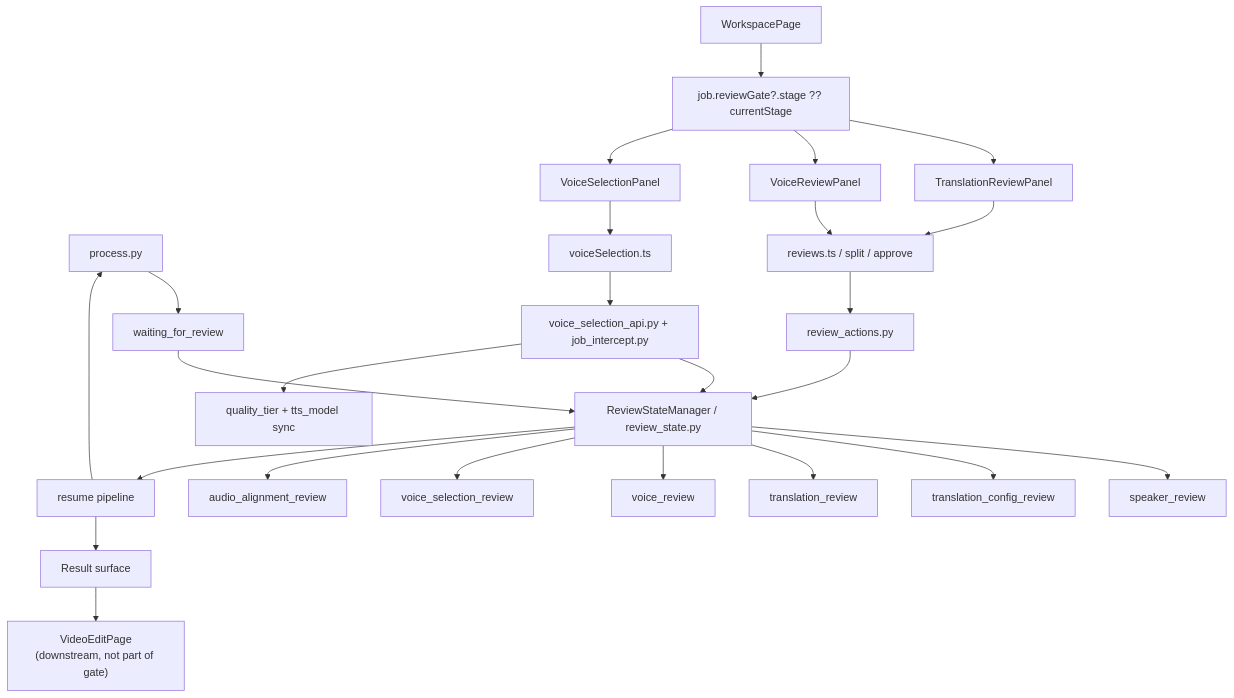
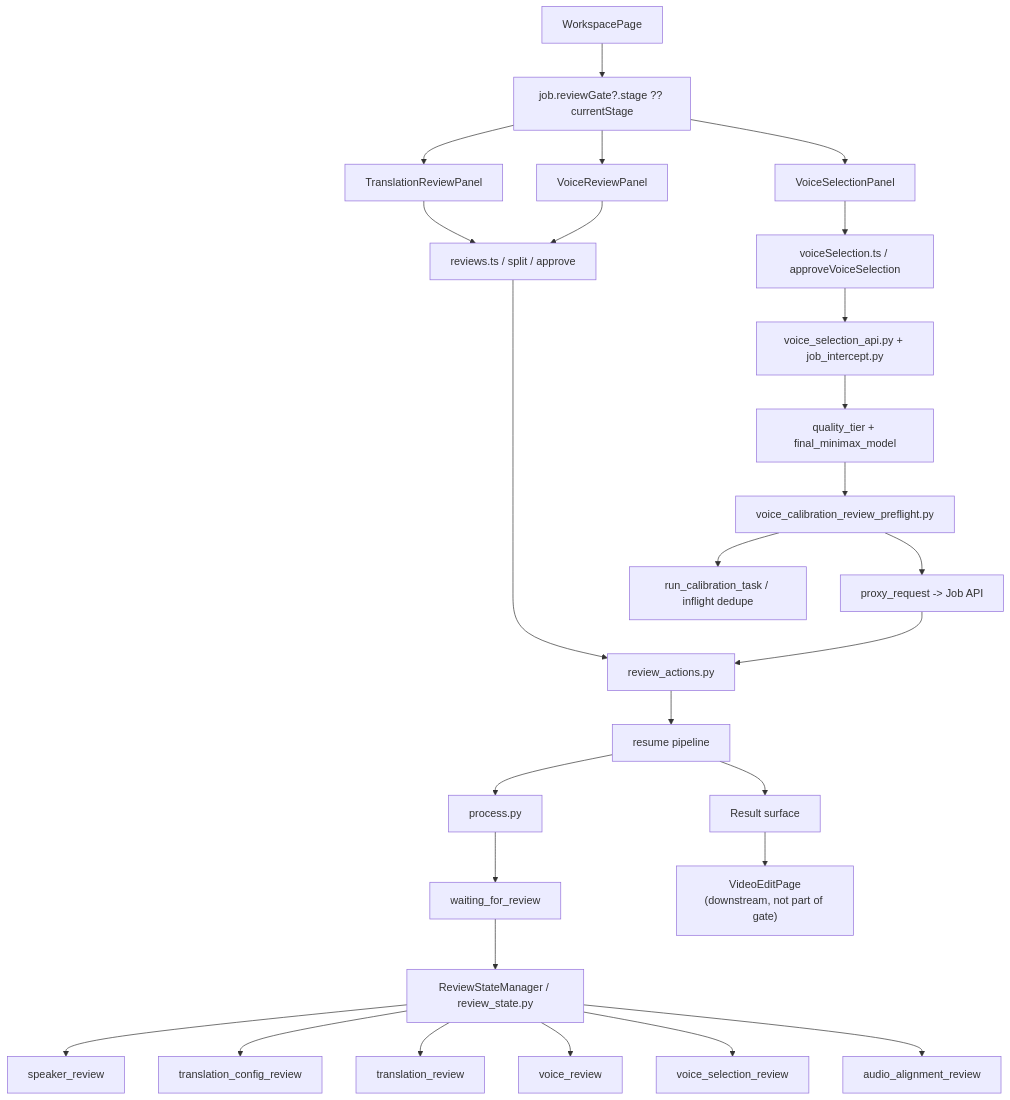
The diagram in docs/graphs/GITNEXUS_REVIEW_GRAPH.md (sun9bear/AITransVideo), drawn with Mermaid before and after one commit. The commit also changed other lines of this file and 5 other files, not shown here.

Commit message:
docs(graphs): refresh GitNexus graphs to 2128003

````diff
--- a/docs/graphs/GITNEXUS_REVIEW_GRAPH.md
+++ b/docs/graphs/GITNEXUS_REVIEW_GRAPH.md
@@ -17,33 +17,34 @@
 ```mermaid
 graph TD
     Pipeline["process.py"] --> Pending["waiting_for_review"]
     Pending --> ReviewState["ReviewStateManager / review_state.py"]
 
     ReviewState --> Speaker["speaker_review"]
     ReviewState --> Config["translation_config_review"]
     ReviewState --> Translation["translation_review"]
     ReviewState --> Voice["voice_review"]
     ReviewState --> VoiceSelect["voice_selection_review"]
     ReviewState --> AudioAlign["audio_alignment_review"]
 
     Workspace["WorkspacePage"] --> Gate["job.reviewGate?.stage ?? currentStage"]
     Gate --> TranslationPanel["TranslationReviewPanel"]
     Gate --> VoicePanel["VoiceReviewPanel"]
     Gate --> VoiceSelectPanel["VoiceSelectionPanel"]
 
-    TranslationPanel --> ReviewAPI["reviews.ts / split / approve"]
-    VoicePanel --> ReviewAPI
-    VoiceSelectPanel --> VoiceAPI["voiceSelection.ts"]
+    TranslationPanel --> ReviewApi["reviews.ts / split / approve"]
+    VoicePanel --> ReviewApi
+    ReviewApi --> ReviewActions["review_actions.py"]
 
-    ReviewAPI --> ReviewActions["review_actions.py"]
-    VoiceAPI --> VoiceGateway["voice_selection_api.py + job_intercept.py"]
-    ReviewActions --> ReviewState
-    VoiceGateway --> ReviewState
-    VoiceGateway --> QualitySync["quality_tier + tts_model sync"]
+    VoiceSelectPanel --> VoiceApi["voiceSelection.ts / approveVoiceSelection"]
+    VoiceApi --> VoiceGateway["voice_selection_api.py + job_intercept.py"]
+    VoiceGateway --> QualitySync["quality_tier + final_minimax_model"]
+    QualitySync --> Preflight["voice_calibration_review_preflight.py"]
+    Preflight --> CalibTask["run_calibration_task / inflight dedupe"]
+    Preflight --> Proxy["proxy_request -> Job API"]
+    Proxy --> ReviewActions
 
-    ReviewState --> Resume["resume pipeline"]
+    ReviewActions --> Resume["resume pipeline"]
     Resume --> Pipeline
-
     Resume --> Result["Result surface"]
     Result --> Edit["VideoEditPage<br/>(downstream, not part of gate)"]
 ```
````
